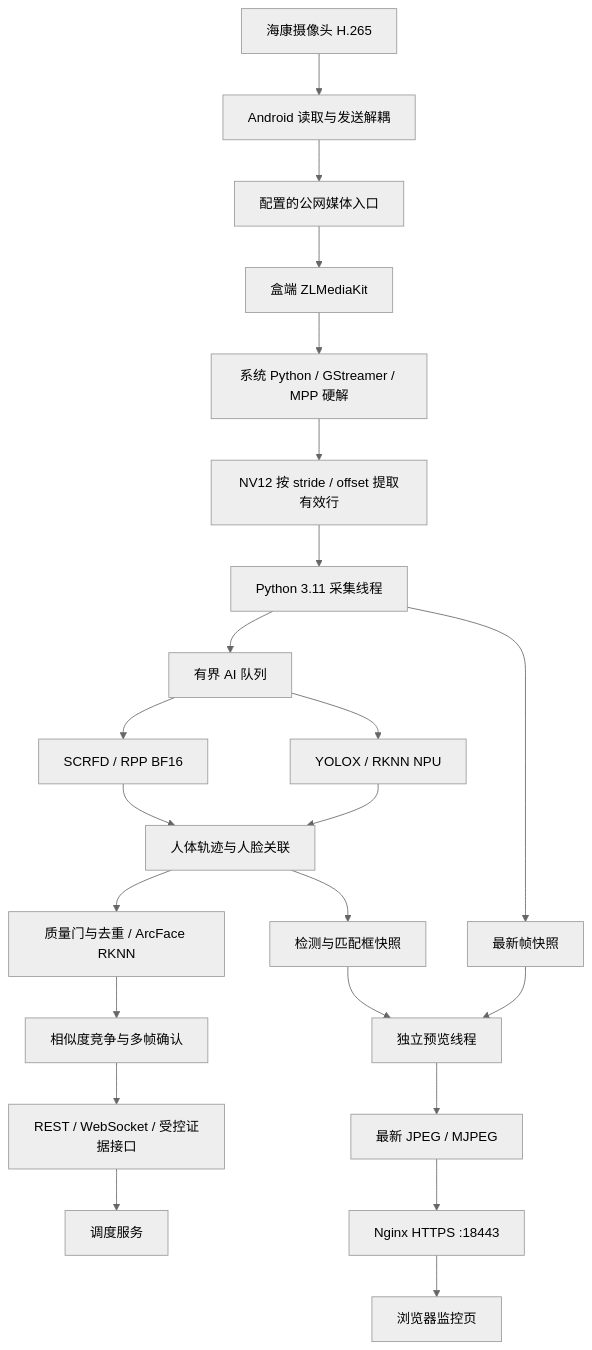
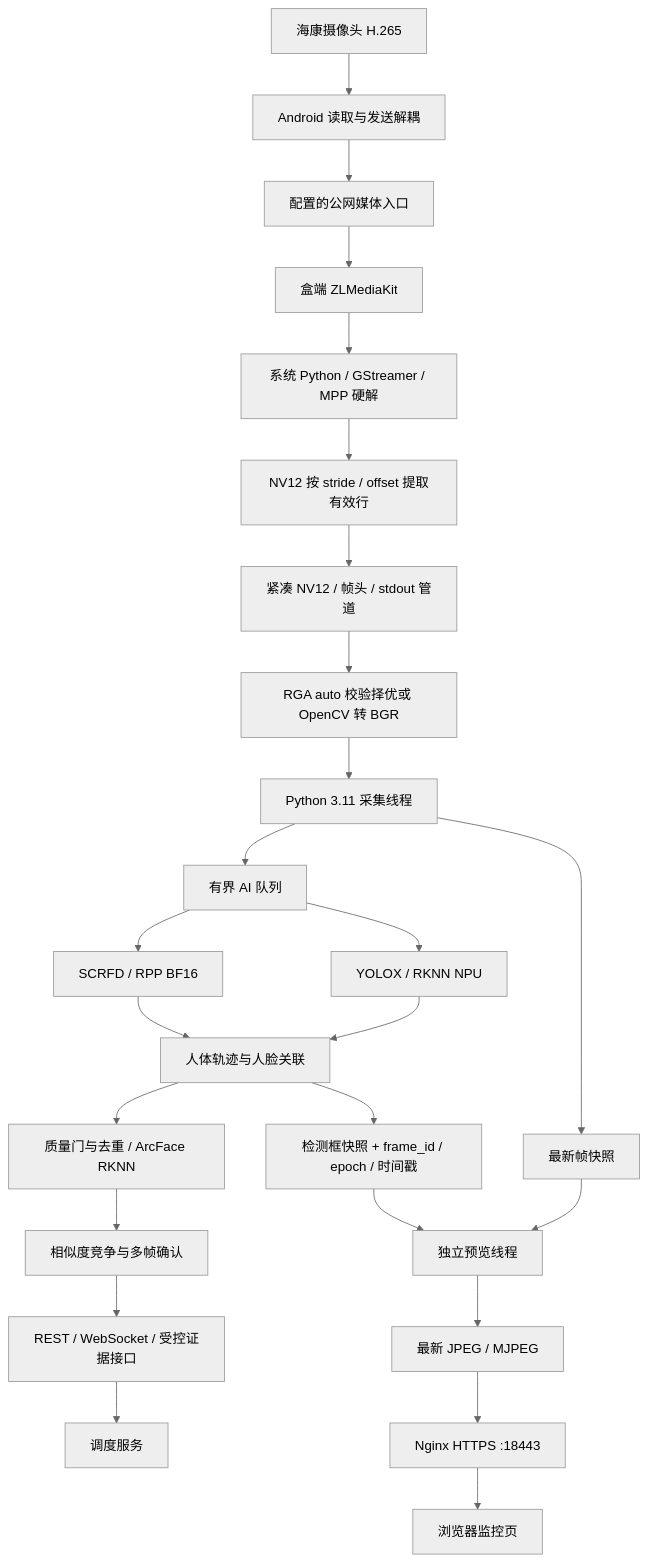
Before and after one commit to qhyuTT/insightface: the diagram in docs/technical-solution-20261015.md, drawn with Mermaid (neutral theme). The commit also changed other lines of this file and 21 other files, not shown here.

````diff
--- a/docs/technical-solution-20261015.md
+++ b/docs/technical-solution-20261015.md
@@ -28,25 +29,27 @@
 ```mermaid
 flowchart TD
     Camera[海康摄像头 H.265] --> Robot[Android 读取与发送解耦]
     Robot --> Ingress[配置的公网媒体入口]
     Ingress --> ZLM[盒端 ZLMediaKit]
     ZLM --> MPP[系统 Python / GStreamer / MPP 硬解]
     MPP --> NV12[NV12 按 stride / offset 提取有效行]
-    NV12 --> Reader[Python 3.11 采集线程]
+    NV12 --> Pipe[紧凑 NV12 / 帧头 / stdout 管道]
+    Pipe --> Convert[RGA auto 校验择优或 OpenCV 转 BGR]
+    Convert --> Reader[Python 3.11 采集线程]
     Reader --> Latest[最新帧快照]
     Reader --> Queue[有界 AI 队列]
     Queue --> Person[YOLOX / RKNN NPU]
     Queue --> Face[SCRFD / RPP BF16]
     Person --> Tracks[人体轨迹与人脸关联]
     Face --> Tracks
     Tracks --> ArcFace[质量门与去重 / ArcFace RKNN]
     ArcFace --> Verdict[相似度竞争与多帧确认]
     Verdict --> API[REST / WebSocket / 受控证据接口]
     API --> Dispatch[调度服务]
-    Tracks --> Overlay[检测与匹配框快照]
+    Tracks --> Overlay[检测框快照 + frame_id / epoch / 时间戳]
     Latest --> Preview[独立预览线程]
     Overlay --> Preview
     Preview --> JPEG[最新 JPEG / MJPEG]
     JPEG --> HTTPS[Nginx HTTPS :18443]
     HTTPS --> Browser[浏览器监控页]
 ```
````
